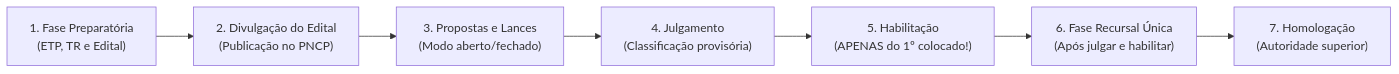
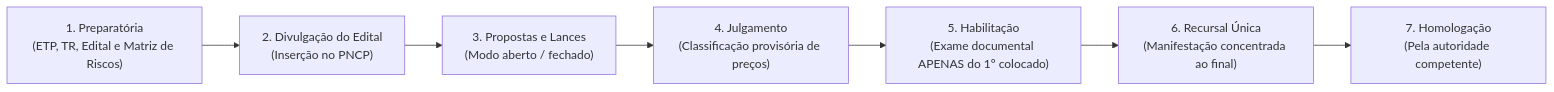
The first of 2 diagrams in fontes_de_estudo/conhecimentos_especificos_a01_tecnico_administrativo/16_licitacoes_e_contratos_administrativos/02_fases_modalidades_e_criterios_de_julgamento.md (thiagosantos346/TCE-GO-2027), drawn with Mermaid before and after one commit. The commit also changed other lines of this file and 119 other files, not shown here.

````diff
--- a/fontes_de_estudo/conhecimentos_especificos_a01_tecnico_administrativo/16_licitacoes_e_contratos_administrativos/02_fases_modalidades_e_criterios_de_julgamento.md
+++ b/fontes_de_estudo/conhecimentos_especificos_a01_tecnico_administrativo/16_licitacoes_e_contratos_administrativos/02_fases_modalidades_e_criterios_de_julgamento.md
@@ -60,9 +56,9 @@
 ```mermaid
 flowchart LR
-    F1["1. Fase Preparatória<br/>(ETP, TR e Edital)"] --> F2["2. Divulgação do Edital<br/>(Publicação no PNCP)"]
-    F2 --> F3["3. Propostas e Lances<br/>(Modo aberto/fechado)"]
-    F3 --> F4["4. Julgamento<br/>(Classificação provisória)"]
-    F4 --> F5["5. Habilitação<br/>(APENAS do 1º colocado!)"]
-    F5 --> F6["6. Fase Recursal Única<br/>(Após julgar e habilitar)"]
-    F6 --> F7["7. Homologação<br/>(Autoridade superior)"]
+    F1["1. Preparatória<br/>(ETP, TR, Edital e Matriz de Riscos)"] --> F2["2. Divulgação do Edital<br/>(Inserção no PNCP)"]
+    F2 --> F3["3. Propostas e Lances<br/>(Modo aberto / fechado)"]
+    F3 --> F4["4. Julgamento<br/>(Classificação provisória de preços)"]
+    F4 --> F5["5. Habilitação<br/>(Exame documental APENAS do 1º colocado)"]
+    F5 --> F6["6. Recursal Única<br/>(Manifestação concentrada ao final)"]
+    F6 --> F7["7. Homologação<br/>(Pela autoridade competente)"]
 ```
````
